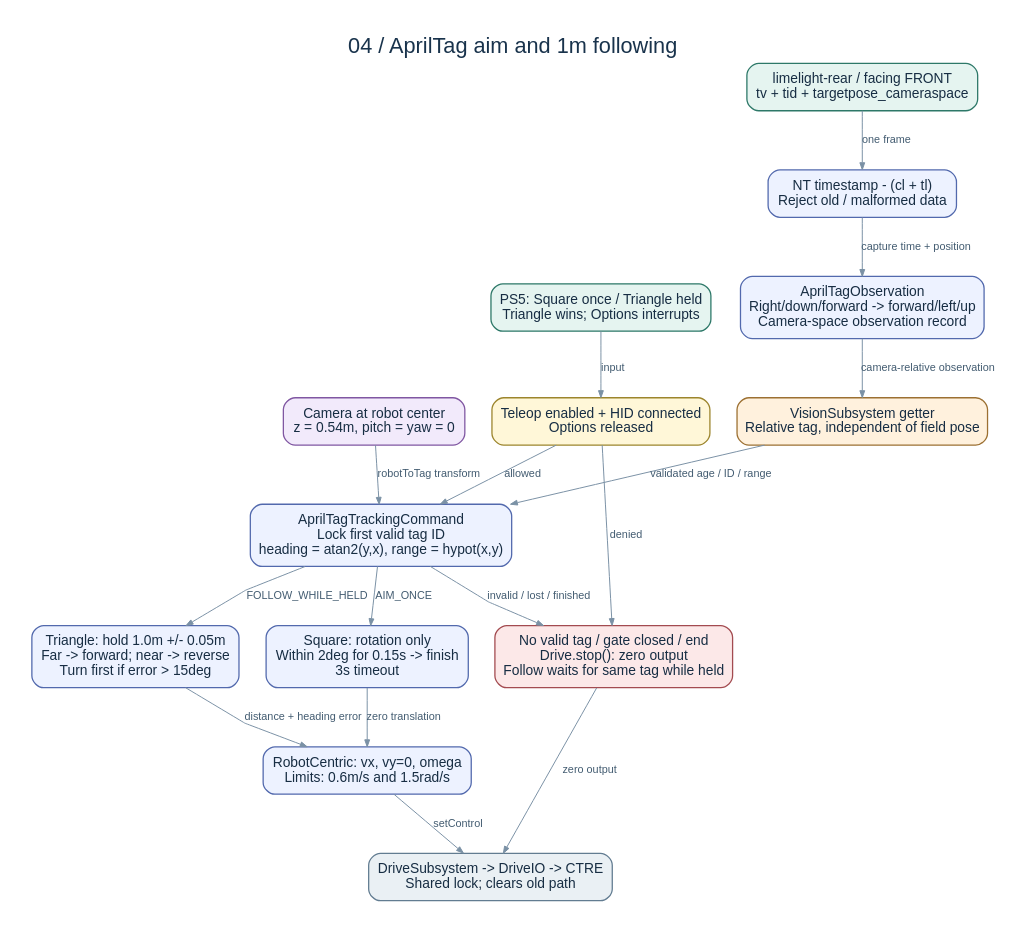
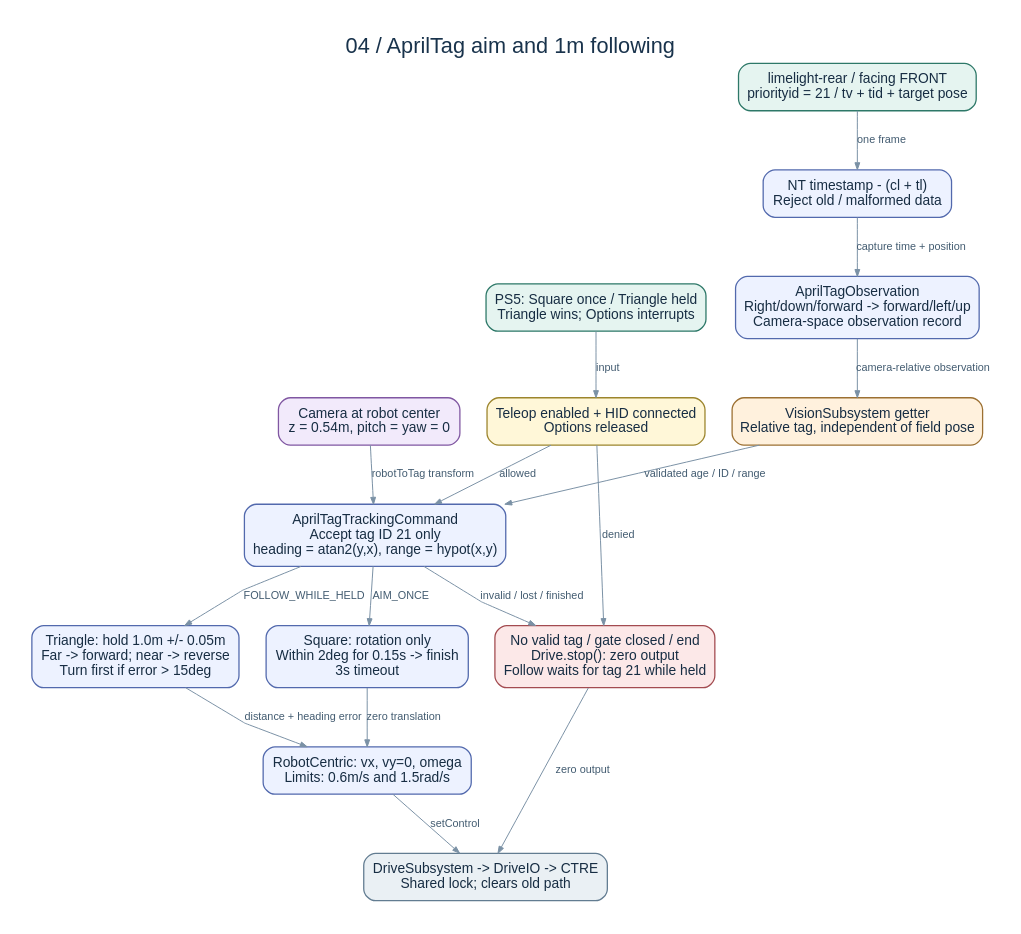
One commit to PepsiLee/FRC-2026-Systemcore-Public-main changed the diagram in docs/drive-vision/diagrams/04-apriltag-tracking.dot. Above: the diagram before and after it, drawn with Graphviz. The commit also changed 30 other files, not shown here.

First line of the commit message:
Add AprilTag tracking and movement

```diff
--- a/docs/drive-vision/diagrams/04-apriltag-tracking.dot
+++ b/docs/drive-vision/diagrams/04-apriltag-tracking.dot
@@ -1,33 +1,33 @@
 digraph G {
 graph [rankdir=TB, bgcolor="white", pad=0.35, nodesep=0.38, ranksep=0.65, splines=polyline, fontname="Arial", fontsize=22, fontcolor="#19334c", label="04 / AprilTag aim and 1m following", labelloc=t];
 node [shape=box, style="rounded,filled", fontname="Arial", fontsize=14, margin="0.16,0.12", penwidth=1.3, fontcolor="#172d43"];
 edge [fontname="Arial", fontsize=11, color="#7a91a5", fontcolor="#435c71", arrowsize=0.7];
 ps5 [label="PS5: Square once / Triangle held\nTriangle wins; Options interrupts", fillcolor="#e5f4f0", color="#2d7868"];
 gate [label="Teleop enabled + HID connected\nOptions released", fillcolor="#fff7d8", color="#9c852d"];
-camera [label="limelight-rear / facing FRONT\ntv + tid + targetpose_cameraspace", fillcolor="#e5f4f0", color="#2d7868"];
+camera [label="limelight-rear / facing FRONT\npriorityid = 21 / tv + tid + target pose", fillcolor="#e5f4f0", color="#2d7868"];
 time [label="NT timestamp - (cl + tl)\nReject old / malformed data", fillcolor="#edf2ff", color="#5269ad"];
 mount [label="Camera at robot center\nz = 0.54m, pitch = yaw = 0", fillcolor="#f2eafb", color="#8057a2"];
 geometry [label="AprilTagObservation\nRight/down/forward -> forward/left/up\nCamera-space observation record", fillcolor="#edf2ff", color="#5269ad"];
 target [label="VisionSubsystem getter\nRelative tag, independent of field pose", fillcolor="#fff1dd", color="#9c7032"];
-command [label="AprilTagTrackingCommand\nLock first valid tag ID\nheading = atan2(y,x), range = hypot(x,y)", fillcolor="#edf2ff", color="#5269ad"];
+command [label="AprilTagTrackingCommand\nAccept tag ID 21 only\nheading = atan2(y,x), range = hypot(x,y)", fillcolor="#edf2ff", color="#5269ad"];
 aim [label="Square: rotation only\nWithin 2deg for 0.15s -> finish\n3s timeout", fillcolor="#edf2ff", color="#5269ad"];
 follow [label="Triangle: hold 1.0m +/- 0.05m\nFar -> forward; near -> reverse\nTurn first if error > 15deg", fillcolor="#edf2ff", color="#5269ad"];
 output [label="RobotCentric: vx, vy=0, omega\nLimits: 0.6m/s and 1.5rad/s", fillcolor="#edf2ff", color="#5269ad"];
 drive [label="DriveSubsystem -> DriveIO -> CTRE\nShared lock; clears old path", fillcolor="#eaf0f4", color="#627c91"];
-stop [label="No valid tag / gate closed / end\nDrive.stop(): zero output\nFollow waits for same tag while held", fillcolor="#fce8e8", color="#a34b50"];
+stop [label="No valid tag / gate closed / end\nDrive.stop(): zero output\nFollow waits for tag 21 while held", fillcolor="#fce8e8", color="#a34b50"];
 ps5 -> gate [label="input"];
 gate -> command [label="allowed"];
 gate -> stop [label="denied"];
 camera -> time [label="one frame"];
 time -> geometry [label="capture time + position"];
 mount -> command [label="robotToTag transform"];
 geometry -> target [label="camera-relative observation"];
 target -> command [label="validated age / ID / range"];
 command -> aim [label="AIM_ONCE"];
 command -> follow [label="FOLLOW_WHILE_HELD"];
 aim -> output [label="zero translation"];
 follow -> output [label="distance + heading error"];
 output -> drive [label="setControl"];
 command -> stop [label="invalid / lost / finished"];
 stop -> drive [label="zero output"];
 }
```
